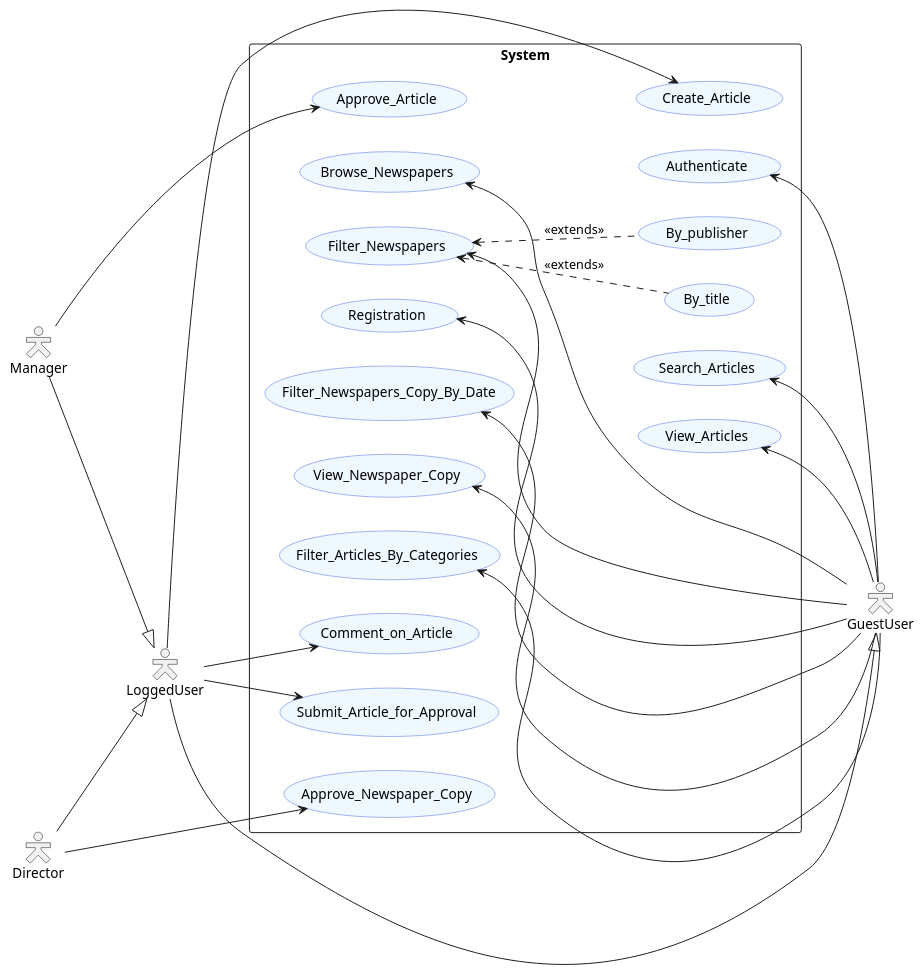
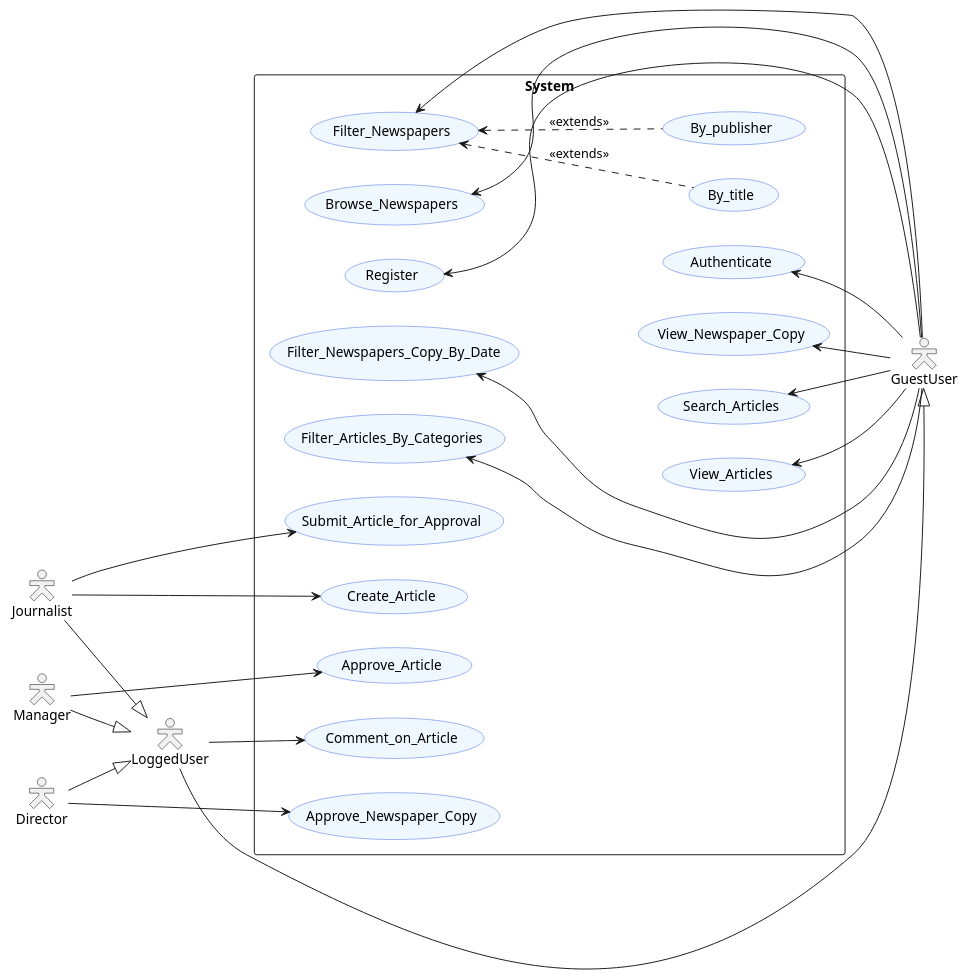
Before and after one commit to Kern1124/webdev-team-project: the diagram in docs/useCaseDiagram/useCaseDiagram.puml, drawn with PlantUML. The commit also changed 1 other file, not shown here.

Commit message:
feat: Added Journalist role and reconnected use cases accordingly

```diff
--- a/docs/useCaseDiagram/useCaseDiagram.puml
+++ b/docs/useCaseDiagram/useCaseDiagram.puml
@@ -1,62 +1,67 @@
-@startuml Newspaper
+@startuml useCaseDiagram
 skinparam actorStyle Hollow
 skinparam actorBorderColor black
 skinparam actorFontColor black
 skinparam useCaseBackgroundColor AliceBlue
 skinparam useCaseBorderColor RoyalBlue
 skinparam useCaseFontColor black
 skinparam useCaseFontSize 14
 
 actor GuestUser
 actor LoggedUser
+actor Journalist
 actor Manager
 actor Director
 left to right direction
 
 rectangle System {
   usecase Create_Article
   usecase Filter_Newspapers_Copy_By_Date
   usecase Filter_Articles_By_Categories
   usecase Approve_Article
   usecase Authenticate
-  usecase Registration
+  usecase Register
   usecase Browse_Newspapers
   usecase Filter_Newspapers
   usecase View_Newspaper_Copy
   usecase Search_Articles
   usecase Submit_Article_for_Approval
   usecase Comment_on_Article
   usecase Approve_Newspaper_Copy
   usecase By_title
   usecase By_publisher
   usecase View_Articles
 }
 
-Registration -[hidden]down-> Search_Articles
+Register -[hidden]down-> Search_Articles
+Register -[hidden]down-> View_Newspaper_Copy
 Browse_Newspapers -[hidden]down-> Authenticate
 Filter_Newspapers_Copy_By_Date -[hidden]down-> View_Articles
-Approve_Article -[hidden]down-> Create_Article
+
+
+LoggedUser --|> GuestUser
+Journalist --|> LoggedUser
+Manager --|> LoggedUser
+Director --|> LoggedUser
 
 GuestUser -up-> Authenticate
-GuestUser -up-> Registration
+GuestUser -up-> Register
 GuestUser -up-> Browse_Newspapers
 GuestUser -up-> Filter_Newspapers
 GuestUser -up-> View_Articles
 GuestUser -up-> Filter_Articles_By_Categories
 GuestUser -up-> View_Newspaper_Copy
 GuestUser -up-> Search_Articles
 GuestUser -up-> Filter_Newspapers_Copy_By_Date
 
-LoggedUser --|> GuestUser
-Manager --|> LoggedUser
-Director --|> LoggedUser
-LoggedUser -down-> Submit_Article_for_Approval
-LoggedUser -down-> Create_Article
+Journalist -down-> Submit_Article_for_Approval
+Journalist -down-> Create_Article
+
 LoggedUser -down-> Comment_on_Article
 
 Manager -down-> Approve_Article
 
 Director -down-> Approve_Newspaper_Copy
 Filter_Newspapers <.. By_publisher : <<extends>>
 Filter_Newspapers <.. By_title : <<extends>>
 @enduml
```
